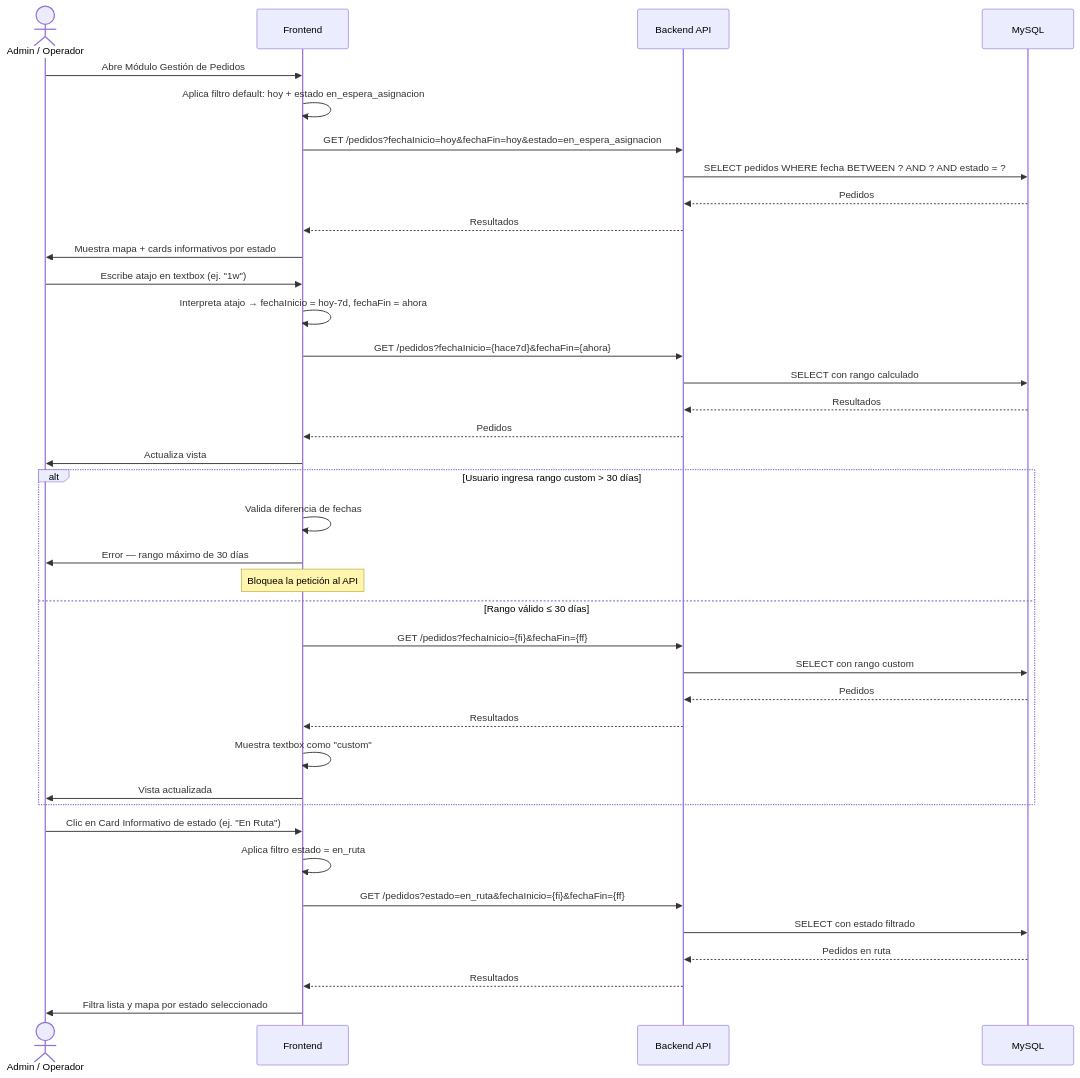
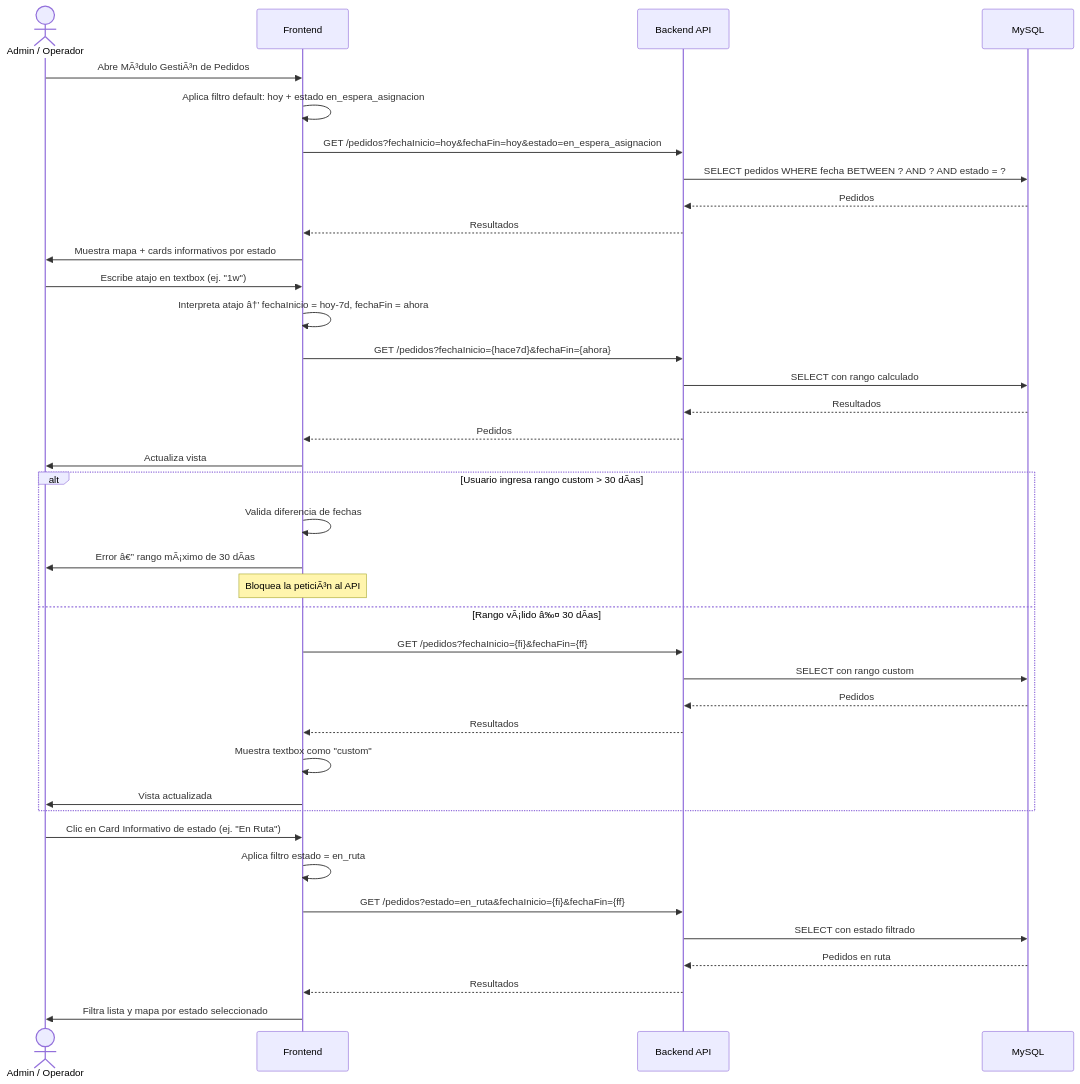
Before and after one commit to UNIPI6TO/PI-ECOMMERCE-FRITOLAY: the eighth of 23 diagrams in docs/especificacion.md, drawn with Mermaid. The commit also changed other lines of this file, not shown here.

````diff
--- a/docs/especificacion.md
+++ b/docs/especificacion.md
@@ -1162,44 +1162,44 @@
 ```mermaid
 sequenceDiagram
     actor Usuario as Admin / Operador
     participant FE as Frontend
     participant API as Backend API
     participant DB as MySQL
 
-    Usuario->>FE: Abre Módulo Gestión de Pedidos
+    Usuario->>FE: Abre MÃ³dulo GestiÃ³n de Pedidos
     FE->>FE: Aplica filtro default: hoy + estado en_espera_asignacion
     FE->>API: GET /pedidos?fechaInicio=hoy&fechaFin=hoy&estado=en_espera_asignacion
     API->>DB: SELECT pedidos WHERE fecha BETWEEN ? AND ? AND estado = ?
     DB-->>API: Pedidos
     API-->>FE: Resultados
     FE->>Usuario: Muestra mapa + cards informativos por estado
 
     Usuario->>FE: Escribe atajo en textbox (ej. "1w")
-    FE->>FE: Interpreta atajo → fechaInicio = hoy-7d, fechaFin = ahora
+    FE->>FE: Interpreta atajo â†’ fechaInicio = hoy-7d, fechaFin = ahora
     FE->>API: GET /pedidos?fechaInicio={hace7d}&fechaFin={ahora}
     API->>DB: SELECT con rango calculado
     DB-->>API: Resultados
     API-->>FE: Pedidos
     FE->>Usuario: Actualiza vista
 
-    alt Usuario ingresa rango custom > 30 días
+    alt Usuario ingresa rango custom > 30 dÃ­as
         FE->>FE: Valida diferencia de fechas
-        FE->>Usuario: Error — rango máximo de 30 días
-        Note over FE: Bloquea la petición al API
-    else Rango válido ≤ 30 días
+        FE->>Usuario: Error â€” rango mÃ¡ximo de 30 dÃ­as
+        Note over FE: Bloquea la peticiÃ³n al API
+    else Rango vÃ¡lido â‰¤ 30 dÃ­as
         FE->>API: GET /pedidos?fechaInicio={fi}&fechaFin={ff}
         API->>DB: SELECT con rango custom
         DB-->>API: Pedidos
         API-->>FE: Resultados
         FE->>FE: Muestra textbox como "custom"
         FE->>Usuario: Vista actualizada
     end
 
     Usuario->>FE: Clic en Card Informativo de estado (ej. "En Ruta")
     FE->>FE: Aplica filtro estado = en_ruta
     FE->>API: GET /pedidos?estado=en_ruta&fechaInicio={fi}&fechaFin={ff}
     API->>DB: SELECT con estado filtrado
     DB-->>API: Pedidos en ruta
     API-->>FE: Resultados
     FE->>Usuario: Filtra lista y mapa por estado seleccionado
 ```
````
